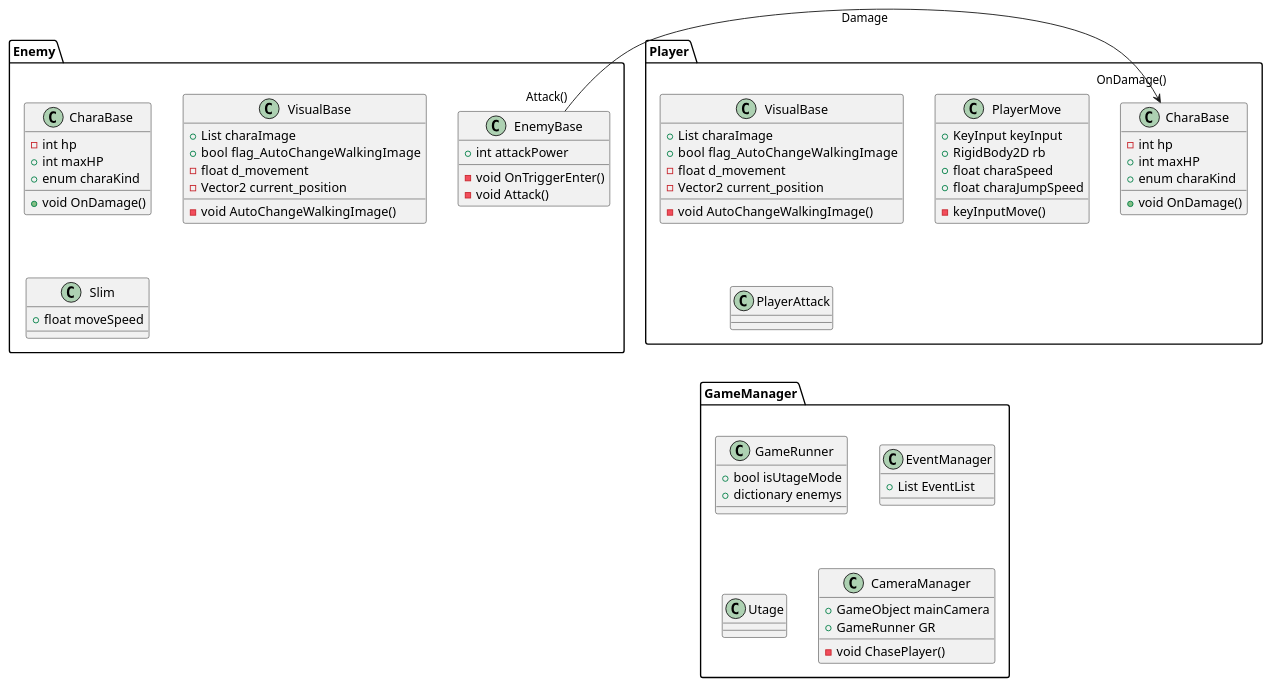
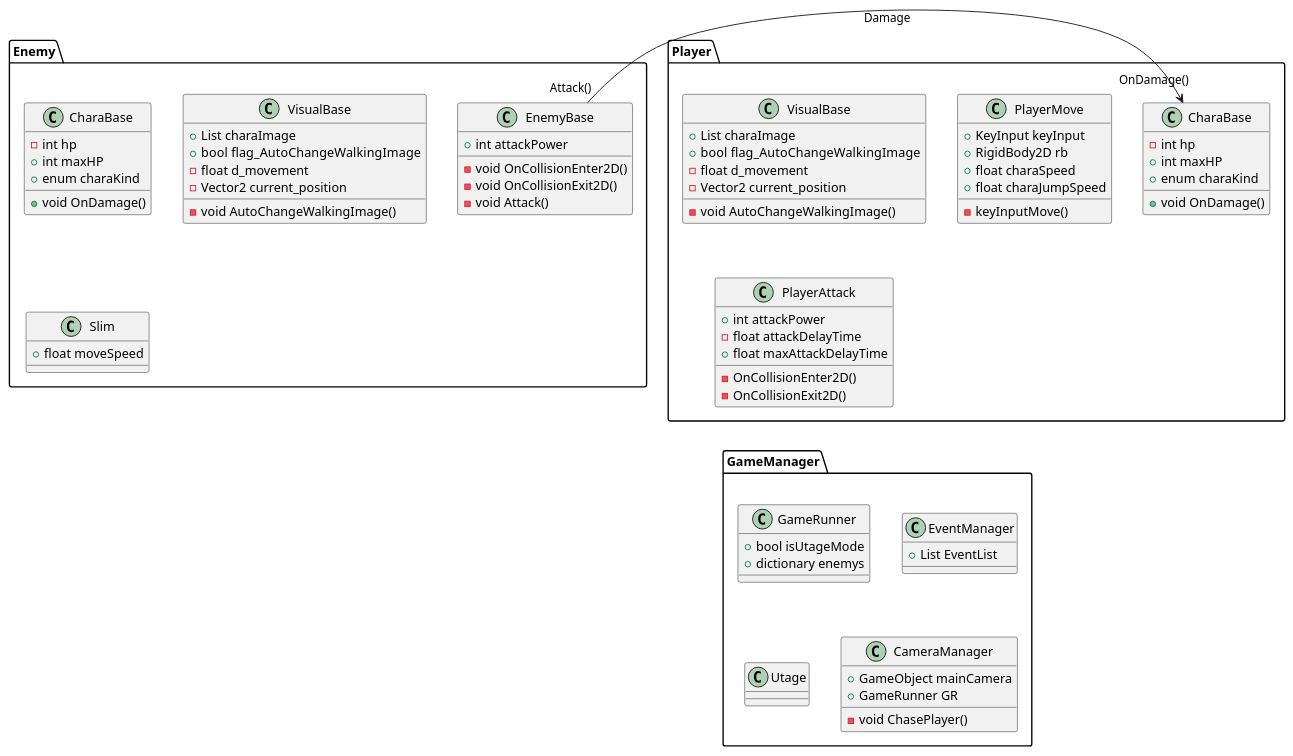
The diagram in baseScene.pu (syun560/rgb_rpg2), drawn with PlantUML before and after one commit. The commit also changed 155 other files, not shown here.

```diff
--- a/baseScene.pu
+++ b/baseScene.pu
@@ -1,88 +1,93 @@
 @startuml
 
 package Player{
     class Player.CharaBase{
         - int hp
         + int maxHP
         + enum charaKind
 
         + void OnDamage()
 
 
     }
     class Player.VisualBase{
         + List charaImage
         + bool  flag_AutoChangeWalkingImage
         - float d_movement
         - Vector2 current_position
 
         - void AutoChangeWalkingImage()
 
     }
     class Player.PlayerMove{
         + KeyInput keyInput
         + RigidBody2D rb 
         + float charaSpeed
         + float charaJumpSpeed
         - keyInputMove()
     }
     class Player.PlayerAttack{
-        
+        + int attackPower
+        - float attackDelayTime
+        + float maxAttackDelayTime
+        - OnCollisionEnter2D()
+        - OnCollisionExit2D()
     }
 }
 Enemy.EnemyBase "Attack()"->"OnDamage()" Player.CharaBase : Damage
 
 package Enemy{
     class EnemyBase{
         + int attackPower
-        - void OnTriggerEnter()
+        - void OnCollisionEnter2D()
+        - void OnCollisionExit2D()
         - void Attack()
     }
     class Enemy.CharaBase{
         - int hp
         + int maxHP
         + enum charaKind
 
         + void OnDamage()
 
 
     }
     class Enemy.VisualBase{
         + List charaImage
         + bool  flag_AutoChangeWalkingImage
         - float d_movement
         - Vector2 current_position
 
         - void AutoChangeWalkingImage()
 
     }
     class Enemy.Slim{
         + float moveSpeed
 
         
     }
 }
 
 package GameManager{
     class GameRunner{
         + bool isUtageMode
         + dictionary enemys
         
     }
     class EventManager{
         + List EventList
 
     }
     class Utage{
         
     }
     class CameraManager{
         + GameObject mainCamera
         + GameRunner GR
         - void ChasePlayer()
     }
 }
 
 
 
 @enduml
```
